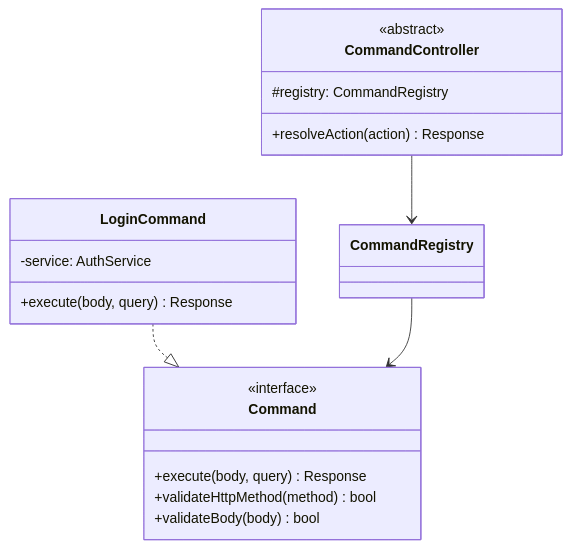
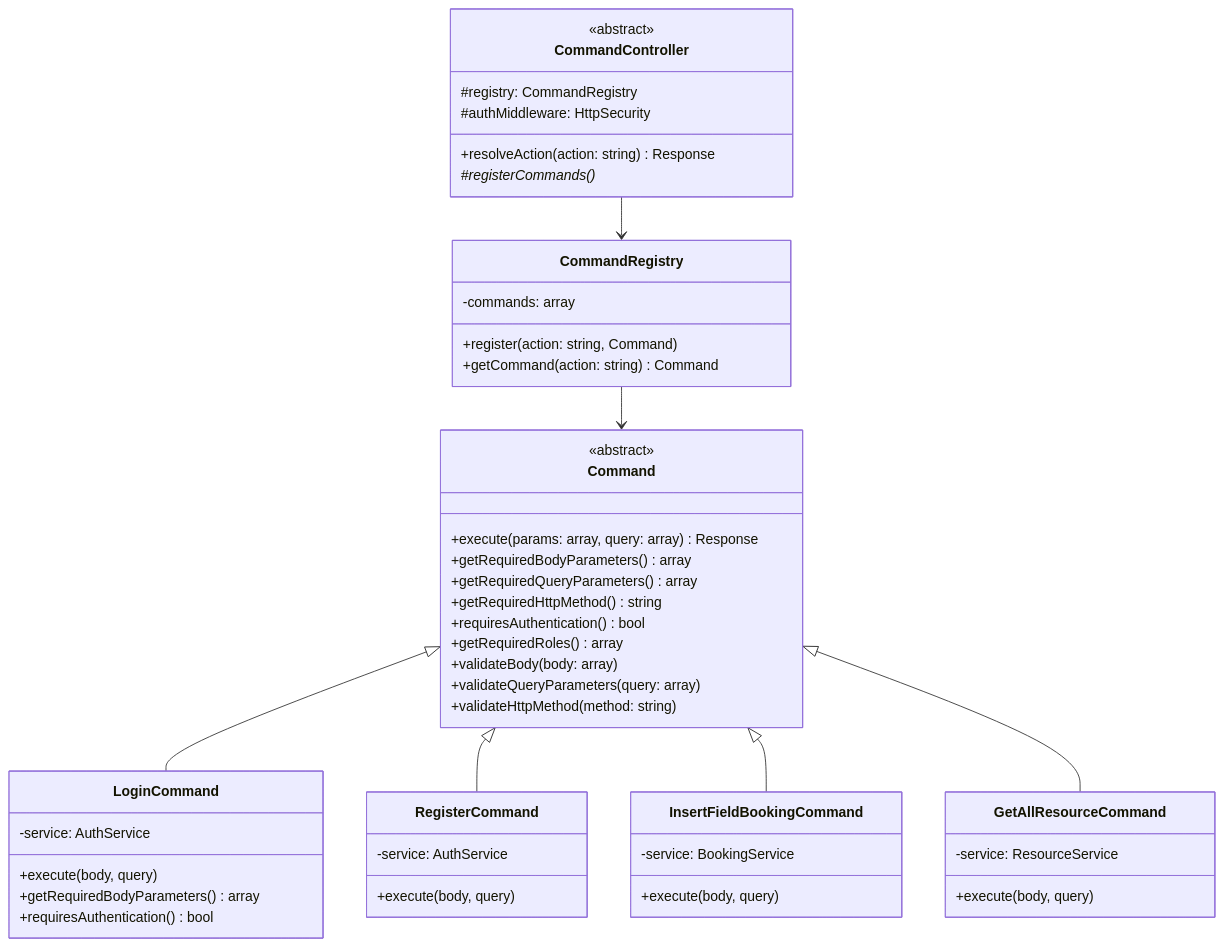
The fifth of 8 diagrams in consegna docu/design_pattern/backend.md (mb4dev/progetto-prova), drawn with Mermaid before and after one commit. The commit also changed other lines of this file and 6 other files, not shown here.

````diff
--- a/consegna docu/design_pattern/backend.md
+++ b/consegna docu/design_pattern/backend.md
@@ -102,24 +201,58 @@
 ```mermaid
 classDiagram
 class Command {
-    <<interface>>
-    +execute(body, query) Response
-    +validateHttpMethod(method) bool
-    +validateBody(body) bool
+    <<abstract>>
+    +execute(params: array, query: array) Response
+    +getRequiredBodyParameters() array
+    +getRequiredQueryParameters() array
+    +getRequiredHttpMethod() string
+    +requiresAuthentication() bool
+    +getRequiredRoles() array
+    +validateBody(body: array)
+    +validateQueryParameters(query: array)
+    +validateHttpMethod(method: string)
 }
 
 class LoginCommand {
     -service: AuthService
-    +execute(body, query) Response
+    +execute(body, query)
+    +getRequiredBodyParameters() array
+    +requiresAuthentication() bool
+}
+
+class RegisterCommand {
+    -service: AuthService
+    +execute(body, query)
+}
+
+class InsertFieldBookingCommand {
+    -service: BookingService
+    +execute(body, query)
+}
+
+class GetAllResourceCommand {
+    -service: ResourceService
+    +execute(body, query)
 }
 
 class CommandController {
     <<abstract>>
     #registry: CommandRegistry
-    +resolveAction(action) Response
+    #authMiddleware: HttpSecurity
+    +resolveAction(action: string) Response
+    #registerCommands()*
 }
 
-LoginCommand ..|> Command
+class CommandRegistry {
+    -commands: array
+    +register(action: string, Command)
+    +getCommand(action: string) Command
+}
+
+Command <|-- LoginCommand
+Command <|-- RegisterCommand
+Command <|-- InsertFieldBookingCommand
+Command <|-- GetAllResourceCommand
 CommandController --> CommandRegistry
 CommandRegistry --> Command
 ```
````
